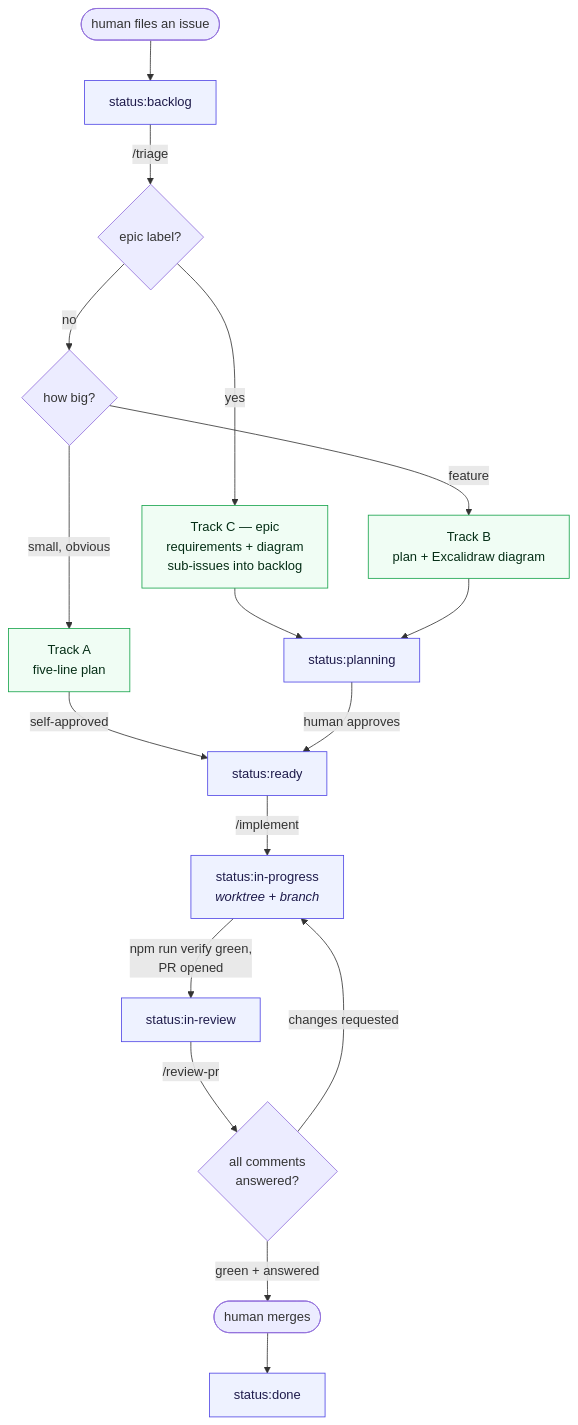
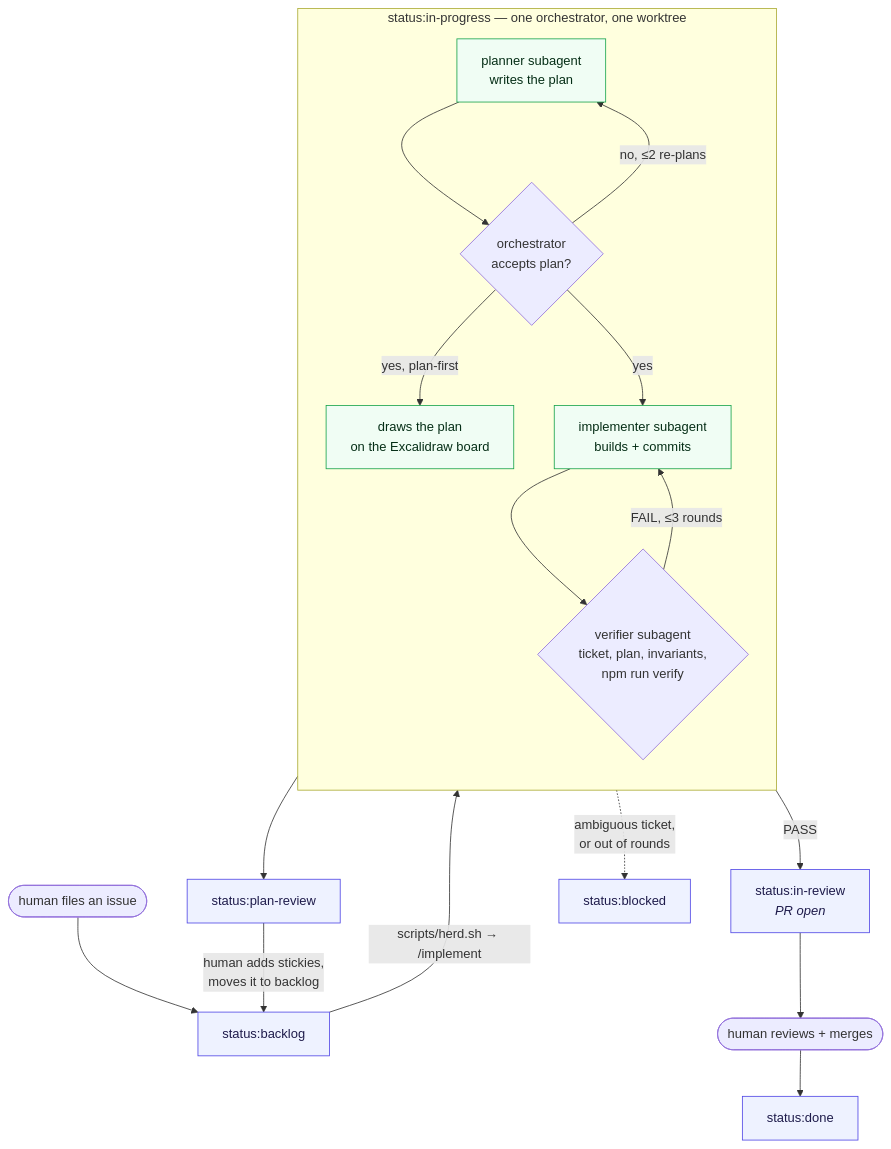
The diagram in README.md (chpy04/resumix), drawn with Mermaid before and after one commit. The commit also changed other lines of this file and 25 other files, not shown here.

First line of the commit message:
Collapse the issue pipeline into one orchestrated pass

````diff
--- a/README.md
+++ b/README.md
@@ -149,37 +149,31 @@
 ```mermaid
 flowchart TD
     H([human files an issue]) --> B
 
     B["status:backlog"]:::state
-    B -->|"/triage"| T{"epic label?"}
+    B -->|"scripts/herd.sh → /implement"| I
 
-    T -->|yes| C["Track C — epic<br/>requirements + diagram<br/>sub-issues into backlog"]:::work
-    T -->|no| S{"how big?"}
+    subgraph I["status:in-progress — one orchestrator, one worktree"]
+        direction TB
+        PL["planner subagent<br/>writes the plan"]:::work
+        OR{"orchestrator<br/>accepts plan?"}
+        IM["implementer subagent<br/>builds + commits"]:::work
+        VE{"verifier subagent<br/>ticket, plan, invariants,<br/>npm run verify"}
+        PL --> OR
+        OR -->|"no, ≤2 re-plans"| PL
+        OR -->|"yes, plan-first"| BD["draws the plan<br/>on the Excalidraw board"]:::work
+        OR -->|yes| IM
+        IM --> VE
+        VE -->|"FAIL, ≤3 rounds"| IM
+    end
 
-    S -->|"small, obvious"| A["Track A<br/>five-line plan"]:::work
-    S -->|"feature"| F["Track B<br/>plan + Excalidraw diagram"]:::work
-
-    A -->|self-approved| R
-    C --> P
-    F --> P
-
-    P["status:planning"]:::state
-    P -->|"human approves"| R
-
-    R["status:ready"]:::state
-    R -->|"/implement"| I
-
-    I["status:in-progress<br/><i>worktree + branch</i>"]:::state
-    I -->|"npm run verify green,<br/>PR opened"| V
-
-    V["status:in-review"]:::state
-    V -->|"/review-pr"| RV{"all comments<br/>answered?"}
-
-    RV -->|"changes requested"| I
-    RV -->|"green + answered"| M([human merges])
-
+    BD --> PR["status:plan-review"]:::state
+    PR -->|"human adds stickies,<br/>moves it to backlog"| B
+    VE -->|PASS| V["status:in-review<br/><i>PR open</i>"]:::state
+    I -.->|"ambiguous ticket,<br/>or out of rounds"| BL["status:blocked"]:::state
+    V --> M([human reviews + merges])
     M --> D["status:done"]:::state
 
     classDef state fill:#eef2ff,stroke:#4f46e5,color:#1e1b4b
     classDef work fill:#f0fdf4,stroke:#16a34a,color:#052e16
 ```
````
